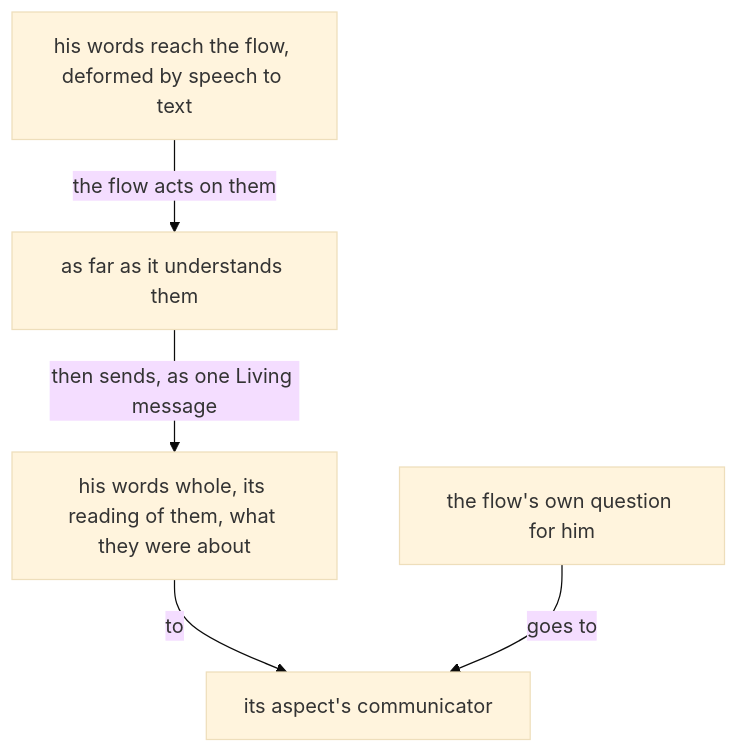
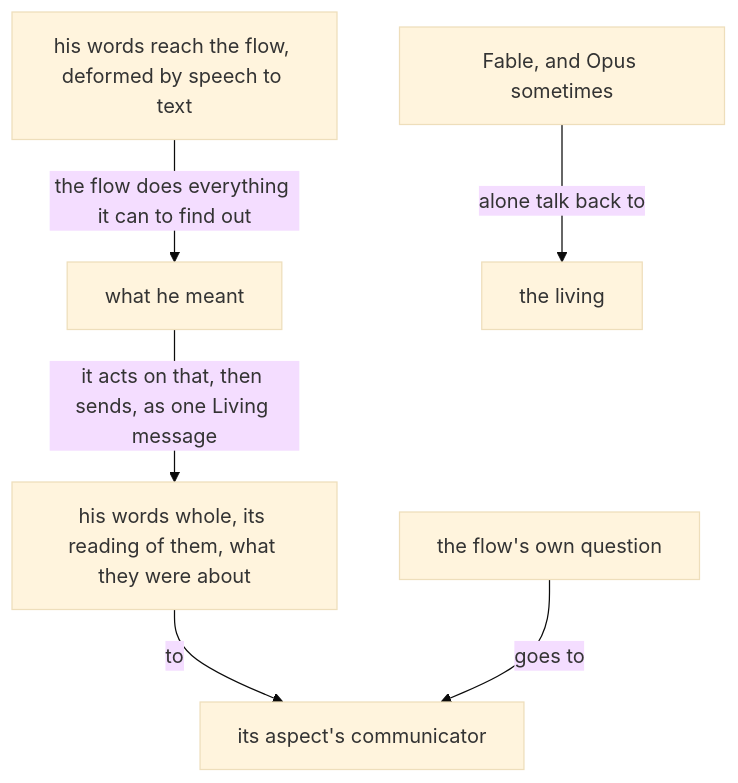
The first of 2 diagrams in intent/relaying-the-living/0.md (LiGoldragon/psyche-belief), drawn with Mermaid (base theme) before and after one commit. The commit also changed other lines of this file, not shown here.

First line of the commit message:
intent/relaying-the-living/0: a flow finds out what he meant; only Fable talks back to him, and Opus sometimes; the Psyche aspect's matters go to its Opus (Relaying.1, approved by the living)

````diff
--- a/intent/relaying-the-living/0.md
+++ b/intent/relaying-the-living/0.md
@@ -6,7 +6,8 @@
 ```mermaid
 flowchart TB
-    w["his words reach the flow, deformed by speech to text"] -- "the flow acts on them" --> a["as far as it understands them"]
-    a -- "then sends, as one Living message" --> m["his words whole, its reading of them, what they were about"]
+    w["his words reach the flow, deformed by speech to text"] -- "the flow does everything it can to find out" --> a["what he meant"]
+    a -- "it acts on that, then sends, as one Living message" --> m["his words whole, its reading of them, what they were about"]
     m -- "to" --> h["its aspect's communicator"]
-    q["the flow's own question for him"] -- "goes to" --> h
+    q["the flow's own question"] -- "goes to" --> h
+    f["Fable, and Opus sometimes"] -- "alone talk back to" --> l["the living"]
 ```
````
